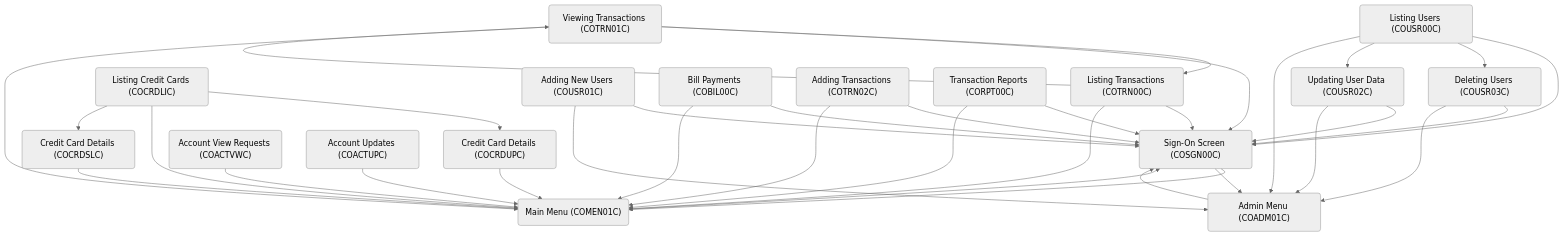
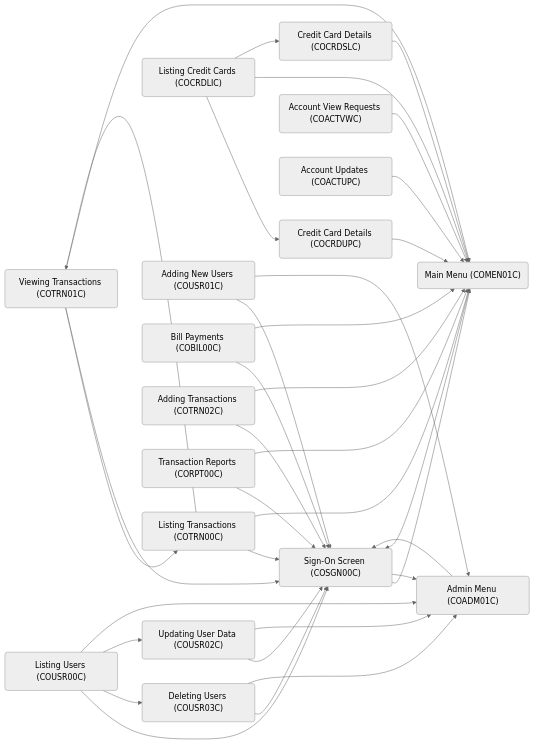
Before and after one commit to Swimm-Demo/aws-mainframe-modernization-carddemo: the diagram in .swm/overview.ur06dbg1.sw.md, drawn with Mermaid (neutral theme). The commit also changed other lines of this file and 1 other file, not shown here.

````diff
--- a/.swm/overview.ur06dbg1.sw.md
+++ b/.swm/overview.ur06dbg1.sw.md
@@ -8,36 +8,36 @@
 ```mermaid
-graph TD;
+graph LR;
  jgzg3("Sign-On Screen (COSGN00C)") --> 8d4h2("Main Menu (COMEN01C)")
  g7wnu("Viewing Transactions (COTRN01C)") --> by25l("Listing Transactions (COTRN00C)")
  by25l("Listing Transactions (COTRN00C)") --> g7wnu("Viewing Transactions (COTRN01C)")
  6av7h("Listing Credit Cards (COCRDLIC)") --> j7ku6("Credit Card Details (COCRDUPC)")
  fnew3("Adding New Users (COUSR01C)") --> jgzg3("Sign-On Screen (COSGN00C)")
  g7wnu("Viewing Transactions (COTRN01C)") --> jgzg3("Sign-On Screen (COSGN00C)")
  53zwo("Listing Users (COUSR00C)") --> jgzg3("Sign-On Screen (COSGN00C)")
  by25l("Listing Transactions (COTRN00C)") --> jgzg3("Sign-On Screen (COSGN00C)")
  bjqsi("Admin Menu (COADM01C)") --> jgzg3("Sign-On Screen (COSGN00C)")
  8d4h2("Main Menu (COMEN01C)") --> jgzg3("Sign-On Screen (COSGN00C)")
  bef4p("Bill Payments (COBIL00C)") --> jgzg3("Sign-On Screen (COSGN00C)")
  rrd7j("Adding Transactions (COTRN02C)") --> jgzg3("Sign-On Screen (COSGN00C)")
  ykkng("Transaction Reports (CORPT00C)") --> jgzg3("Sign-On Screen (COSGN00C)")
  hgu8e("Deleting Users (COUSR03C)") --> jgzg3("Sign-On Screen (COSGN00C)")
  3rrne("Updating User Data (COUSR02C)") --> jgzg3("Sign-On Screen (COSGN00C)")
  g7wnu("Viewing Transactions (COTRN01C)") --> 8d4h2("Main Menu (COMEN01C)")
  by25l("Listing Transactions (COTRN00C)") --> 8d4h2("Main Menu (COMEN01C)")
  bef4p("Bill Payments (COBIL00C)") --> 8d4h2("Main Menu (COMEN01C)")
  rrd7j("Adding Transactions (COTRN02C)") --> 8d4h2("Main Menu (COMEN01C)")
  ykkng("Transaction Reports (CORPT00C)") --> 8d4h2("Main Menu (COMEN01C)")
  ako1i("Credit Card Details (COCRDSLC)") --> 8d4h2("Main Menu (COMEN01C)")
  6av7h("Listing Credit Cards (COCRDLIC)") --> 8d4h2("Main Menu (COMEN01C)")
  c72ie("Account View Requests (COACTVWC)") --> 8d4h2("Main Menu (COMEN01C)")
  j7ku6("Credit Card Details (COCRDUPC)") --> 8d4h2("Main Menu (COMEN01C)")
  qg4yr("Account Updates (COACTUPC)") --> 8d4h2("Main Menu (COMEN01C)")
  6av7h("Listing Credit Cards (COCRDLIC)") --> ako1i("Credit Card Details (COCRDSLC)")
  53zwo("Listing Users (COUSR00C)") --> hgu8e("Deleting Users (COUSR03C)")
  53zwo("Listing Users (COUSR00C)") --> 3rrne("Updating User Data (COUSR02C)")
  fnew3("Adding New Users (COUSR01C)") --> bjqsi("Admin Menu (COADM01C)")
  jgzg3("Sign-On Screen (COSGN00C)") --> bjqsi("Admin Menu (COADM01C)")
  53zwo("Listing Users (COUSR00C)") --> bjqsi("Admin Menu (COADM01C)")
  hgu8e("Deleting Users (COUSR03C)") --> bjqsi("Admin Menu (COADM01C)")
  3rrne("Updating User Data (COUSR02C)") --> bjqsi("Admin Menu (COADM01C)")
 ```
````
